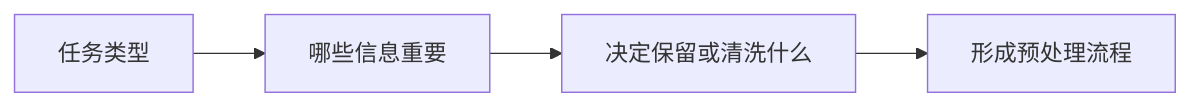
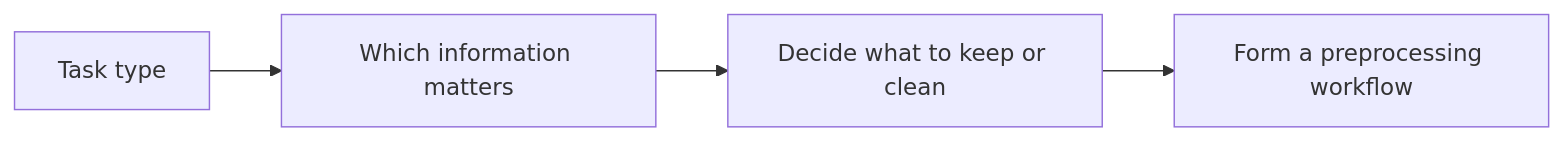
The diagram in docs/ch11-nlp/ch01-text-basics/02-text-preprocessing.md (oudbiao/AI-fullstack-course), drawn with Mermaid before and after one commit. The commit also changed other lines of this file and 1406 other files, not shown here.

````diff
--- a/docs/ch11-nlp/ch01-text-basics/02-text-preprocessing.md
+++ b/docs/ch11-nlp/ch01-text-basics/02-text-preprocessing.md
@@ -41,6 +41,6 @@
 ```mermaid
 flowchart LR
-    A["任务类型"] --> B["哪些信息重要"]
-    B --> C["决定保留或清洗什么"]
-    C --> D["形成预处理流程"]
+    A["Task type"] --> B["Which information matters"]
+    B --> C["Decide what to keep or clean"]
+    C --> D["Form a preprocessing workflow"]
 ```
````
